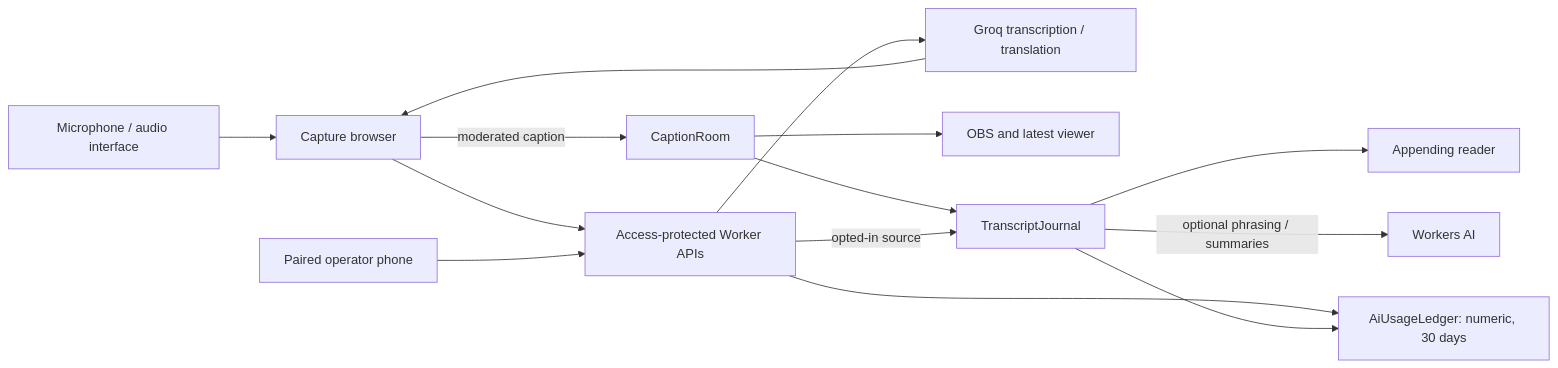
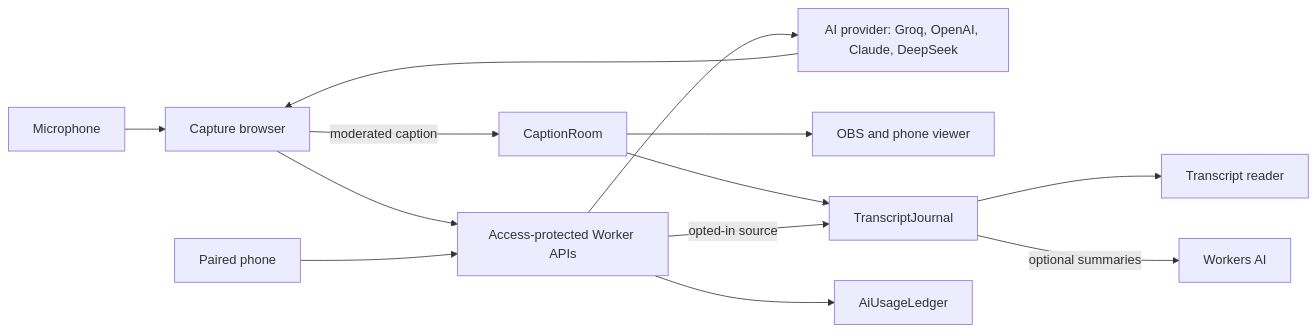
Before and after one commit to variable-hq/caption-studio: the diagram in README.md, drawn with Mermaid. The commit also changed other lines of this file and 1 other file, not shown here.

First line of the commit message:
docs(readme): cut the README to what a reader needs first

````diff
--- a/README.md
+++ b/README.md
@@ -176,16 +73,15 @@
 ```mermaid
 flowchart LR
-  Mic["Microphone / audio interface"] --> Host["Capture browser"]
+  Mic["Microphone"] --> Host["Capture browser"]
   Host --> API["Access-protected Worker APIs"]
-  API --> Groq["Groq transcription / translation"]
-  Groq --> Host
+  API --> AIP["AI provider: Groq, OpenAI, Claude, DeepSeek"]
+  AIP --> Host
   Host -->|"moderated caption"| Main["CaptionRoom"]
-  Phone["Paired operator phone"] --> API
-  Main --> OBS["OBS and latest viewer"]
+  Phone["Paired phone"] --> API
+  Main --> OBS["OBS and phone viewer"]
   Main --> Journal["TranscriptJournal"]
   API -->|"opted-in source"| Journal
-  Journal --> Reader["Appending reader"]
-  Journal -->|"optional phrasing / summaries"| AI["Workers AI"]
-  API --> Usage["AiUsageLedger: numeric, 30 days"]
-  Journal --> Usage
+  Journal --> Reader["Transcript reader"]
+  Journal -->|"optional summaries"| AI["Workers AI"]
+  API --> Usage["AiUsageLedger"]
 ```
````
